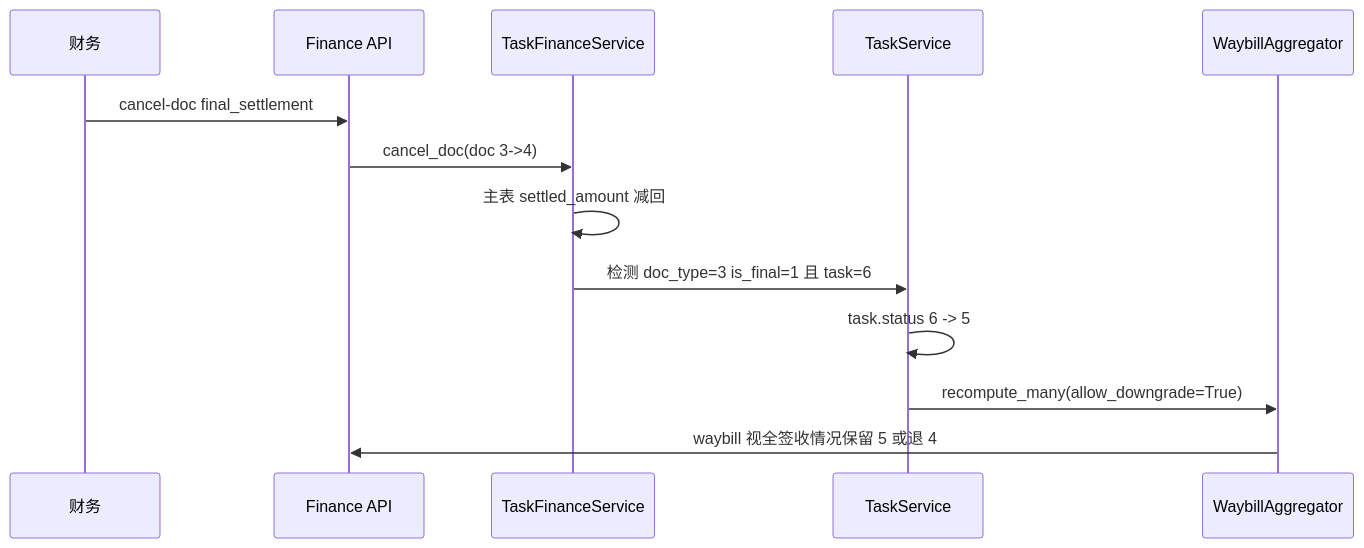
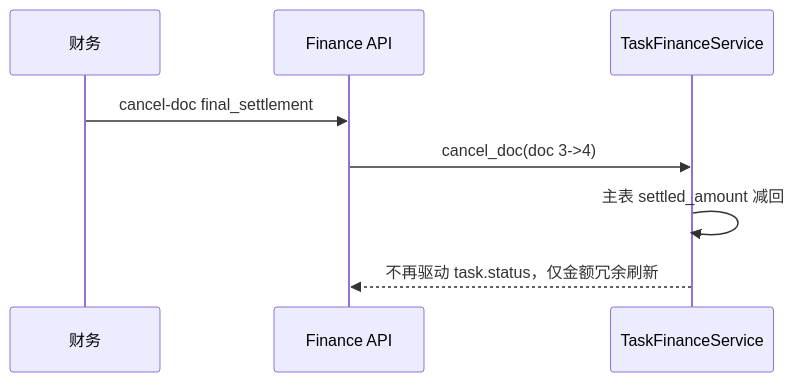
One commit to lei-happy/duoling changed the fifth of 6 diagrams in 项目文档/02.需求文档/02.企业端/06.运营调度模块/02.运单与任务单状态机联动设计.md. Above: the diagram before and after it, drawn with Mermaid. The commit also changed other lines of this file and 51 other files, not shown here.

````diff
--- a/项目文档/02.需求文档/02.企业端/06.运营调度模块/02.运单与任务单状态机联动设计.md
+++ b/项目文档/02.需求文档/02.企业端/06.运营调度模块/02.运单与任务单状态机联动设计.md
@@ -421,16 +475,11 @@
 ```mermaid
 sequenceDiagram
     participant U as 财务
     participant API as Finance API
     participant TFS as TaskFinanceService
-    participant TS as TaskService
-    participant WAG as WaybillAggregator
 
     U->>API: cancel-doc final_settlement
     API->>TFS: cancel_doc(doc 3->4)
     TFS->>TFS: 主表 settled_amount 减回
-    TFS->>TS: 检测 doc_type=3 is_final=1 且 task=6
-    TS->>TS: task.status 6 -> 5
-    TS->>WAG: recompute_many(allow_downgrade=True)
-    WAG->>API: waybill 视全签收情况保留 5 或退 4
+    TFS-->>API: 不再驱动 task.status，仅金额冗余刷新
 ```
````
